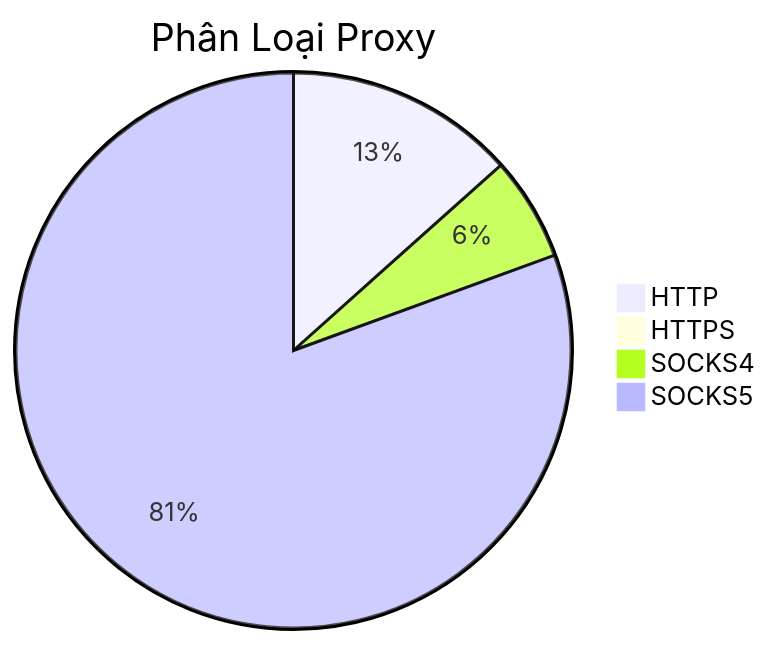
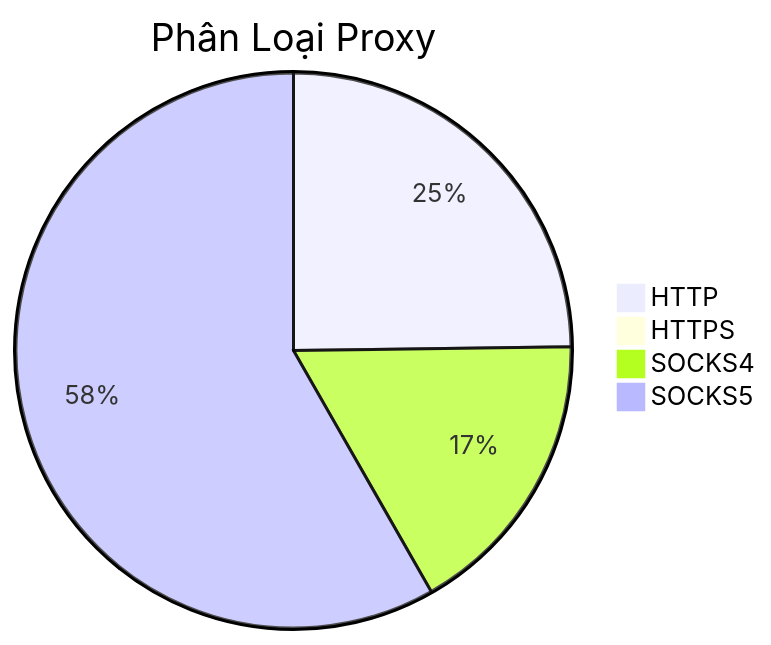
Before and after one commit to Ciara-Aa/PROXY-free: the diagram in README.md, drawn with Mermaid. The commit also changed other lines of this file and 3 other files, not shown here.

````diff
--- a/README.md
+++ b/README.md
@@ -26,7 +26,7 @@
 ```mermaid
 pie title Phân Loại Proxy
-    "HTTP" : 468
+    "HTTP" : 291
     "HTTPS" : 0
-    "SOCKS4" : 211
-    "SOCKS5" : 2815
+    "SOCKS4" : 199
+    "SOCKS5" : 684
 ```
````
